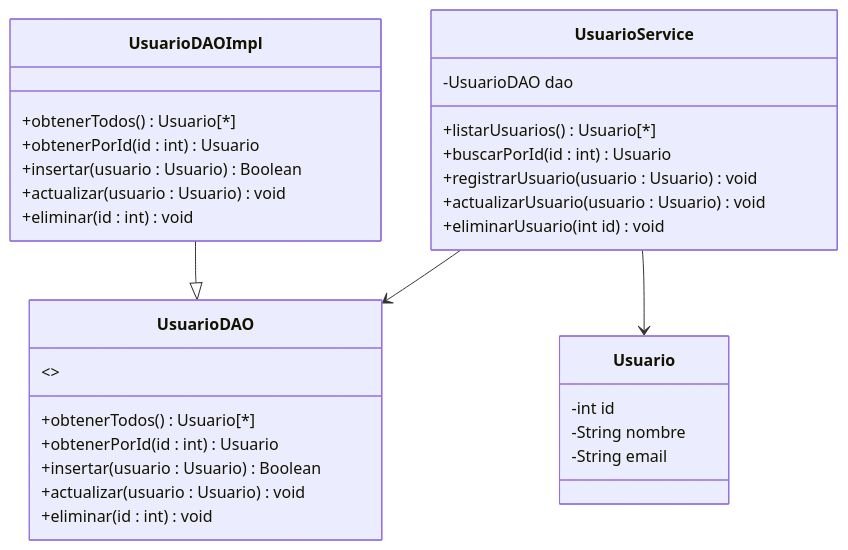
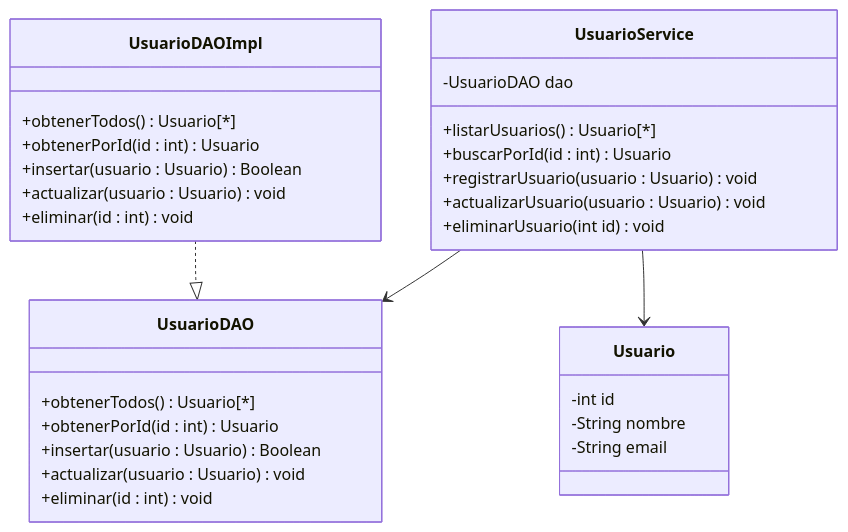
The diagram in UD9_acceso_bases_datos/apuntes/UD9_1_acceso_a_bases_de_datos.md (danielmartinan/programacion_2024-25), drawn with Mermaid before and after one commit. The commit also changed other lines of this file, not shown here.

````diff
--- a/UD9_acceso_bases_datos/apuntes/UD9_1_acceso_a_bases_de_datos.md
+++ b/UD9_acceso_bases_datos/apuntes/UD9_1_acceso_a_bases_de_datos.md
@@ -976,34 +1045,33 @@
 ```mermaid
     classDiagram
     class Usuario {
     -int id
     -String nombre
     -String email
     }
     class UsuarioDAO {
-    <>
     +obtenerTodos() Usuario[*]
     +obtenerPorId(id : int) Usuario
     +insertar(usuario : Usuario) Boolean
     +actualizar(usuario : Usuario) void
     +eliminar(id : int) void
     }
     class UsuarioDAOImpl {
     +obtenerTodos() Usuario[*]
     +obtenerPorId(id : int) Usuario
     +insertar(usuario : Usuario) Boolean
     +actualizar(usuario : Usuario) void
     +eliminar(id : int) void
     }
     class UsuarioService {
     -UsuarioDAO dao
     +listarUsuarios() Usuario[*]
     +buscarPorId(id : int) Usuario
     +registrarUsuario(usuario : Usuario) void
     +actualizarUsuario(usuario : Usuario) void
     +eliminarUsuario(int id) void
     }
     UsuarioService --> UsuarioDAO
     UsuarioService --> Usuario
-    UsuarioDAOImpl --|> UsuarioDAO
+    UsuarioDAOImpl ..|> UsuarioDAO
 ```
````
